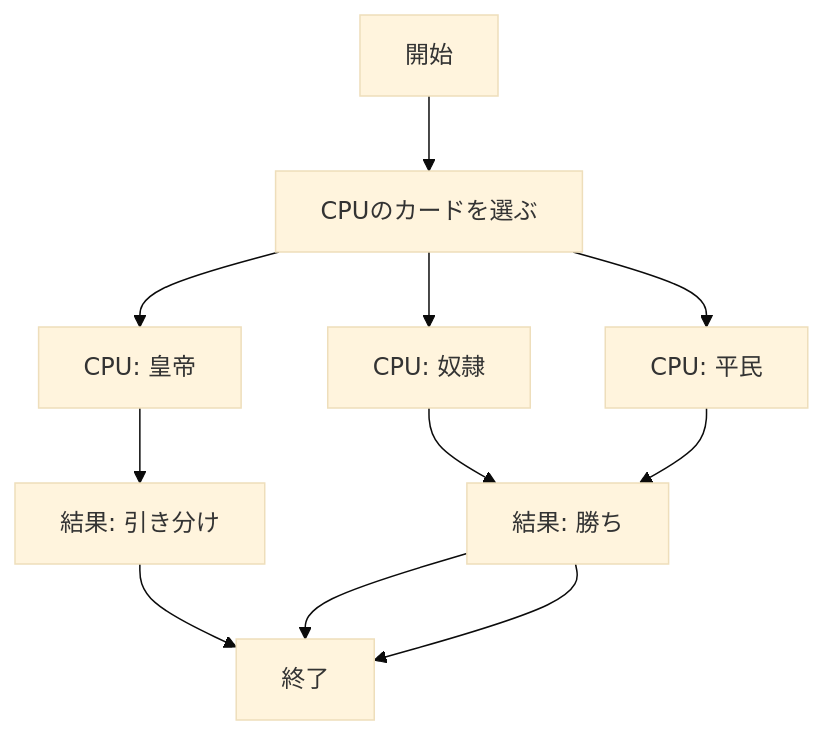
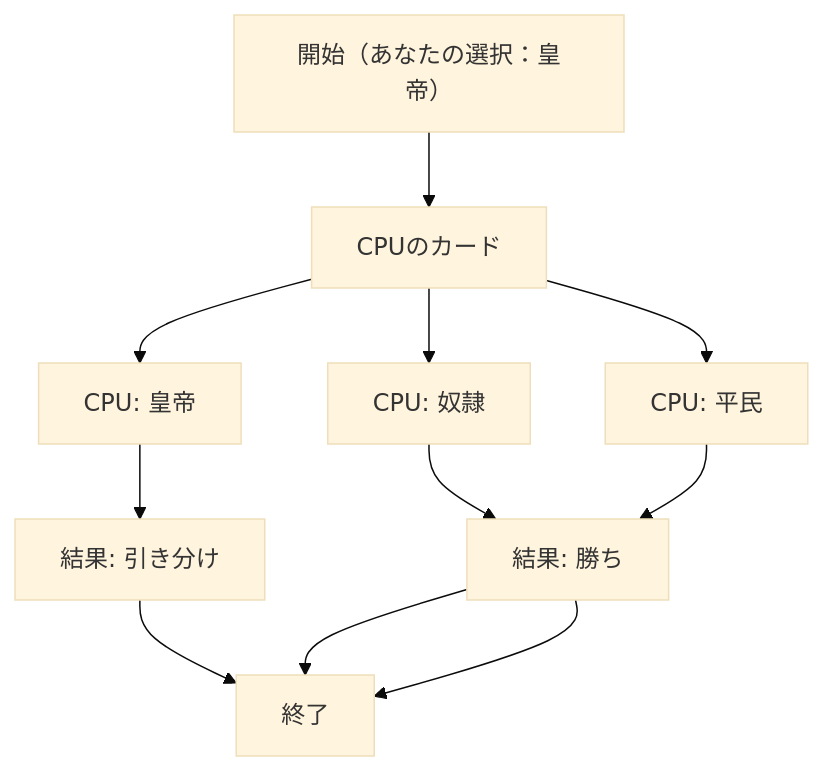
Before and after one commit to Bunnies0722/webpro_06: the fifth of 7 diagrams in README.md, drawn with Mermaid (base theme). The commit also changed other lines of this file, not shown here.

````diff
--- a/README.md
+++ b/README.md
@@ -119,20 +119,20 @@
 ```mermaid
 flowchart TD;
 
-start["開始"];
-cpuChoose["CPUのカードを選ぶ"];
+start["開始（あなたの選択：皇帝）"];
+cpuChoose["CPUのカード"];
 
 cpuEmperor["CPU: 皇帝"];
 cpuSlave["CPU: 奴隷"];
 cpuCommon["CPU: 平民"];
 
 resultWin["結果: 勝ち"];
 resultDraw["結果: 引き分け"];
 endGame["終了"];
 
 start --> cpuChoose;
 
 cpuChoose --> cpuEmperor --> resultDraw --> endGame;
 cpuChoose --> cpuSlave --> resultWin --> endGame;
 cpuChoose --> cpuCommon --> resultWin --> endGame;
 ```
````
